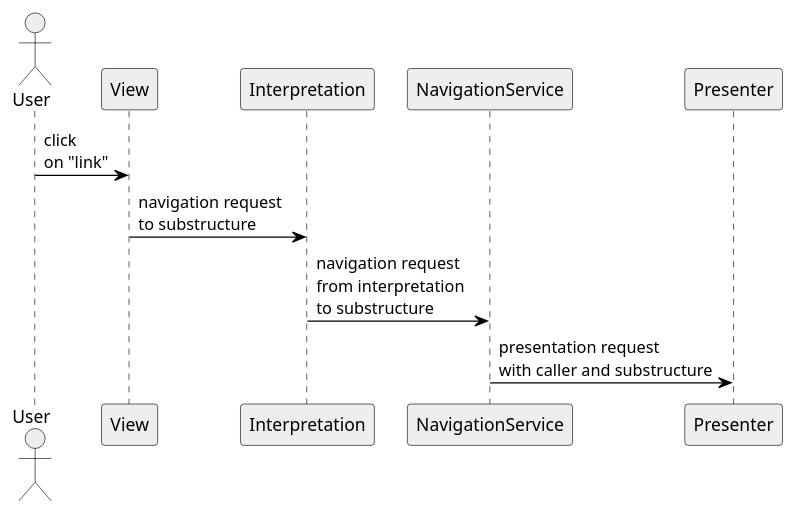
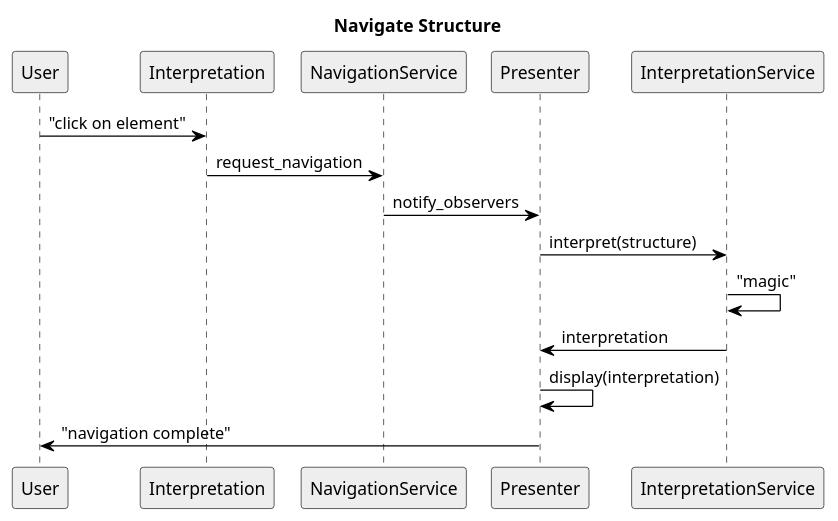
The diagram in docs/source/software_documentation/domain/navigation/navigation_sequence.puml (blackfennec-org/blackfennec), drawn with PlantUML before and after one commit. The commit also changed 4 other files, not shown here.

Commit message:
add sequence diagrams

```diff
--- a/docs/source/software_documentation/domain/navigation/navigation_sequence.puml
+++ b/docs/source/software_documentation/domain/navigation/navigation_sequence.puml
@@ -1,17 +1,23 @@
 @startuml
 skinparam sequence {
     ParticipantBorderColor Black
     ParticipantBackgroundColor #EEE
     ParticipantBorderColor Black
     ArrowColor Black
     ActorBorderColor Black
     ActorBackgroundColor #EEE
     LifeLineBorderColor Black
 }
 
-actor User
-User -> View                    : click \non "link"
-View -> Interpretation          : navigation request \nto substructure
-Interpretation -> NavigationService : navigation request \nfrom interpretation \nto substructure
-NavigationService -> Presenter         : presentation request \nwith caller and substructure
+title Navigate Structure
+
+User -> Interpretation  : "click on element"
+Interpretation -> NavigationService : request_navigation
+NavigationService -> Presenter : notify_observers
+Presenter -> InterpretationService : interpret(structure)
+InterpretationService -> InterpretationService : "magic"
+InterpretationService -> Presenter  : interpretation
+Presenter -> Presenter  :   display(interpretation)
+Presenter -> User : "navigation complete"
+
 @enduml
```
